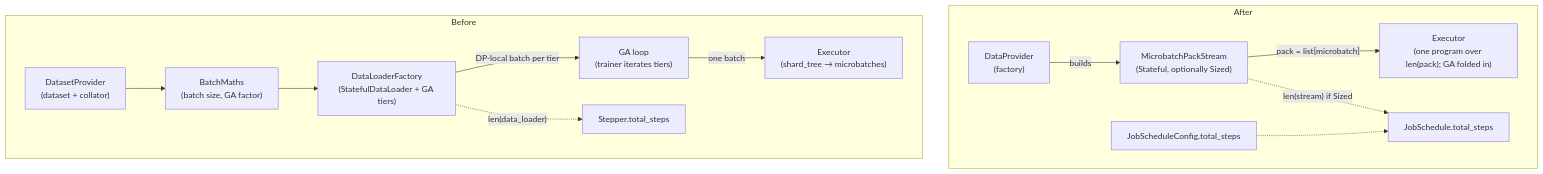
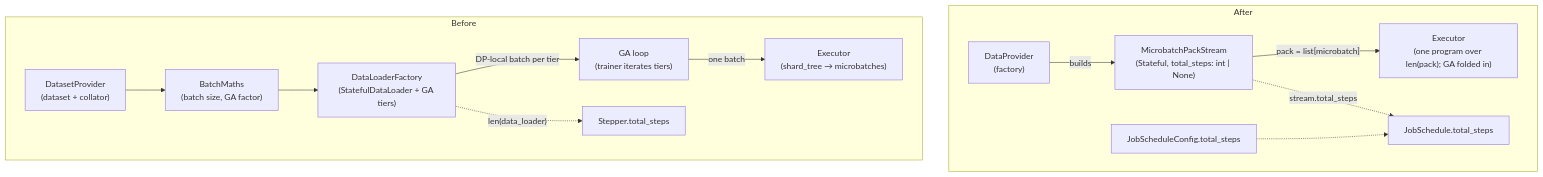
The diagram in deps/0009-dep-dataflow-refactoring.md (d9d-project/d9d), drawn with Mermaid before and after one commit. The commit also changed other lines of this file, not shown here.

````diff
--- a/deps/0009-dep-dataflow-refactoring.md
+++ b/deps/0009-dep-dataflow-refactoring.md
@@ -45,21 +45,21 @@
 ```mermaid
 flowchart LR
     subgraph before["Before"]
         direction LR
         bDS["DatasetProvider<br/>(dataset + collator)"] --> bBM["BatchMaths<br/>(batch size, GA factor)"]
         bBM --> bDL["DataLoaderFactory<br/>(StatefulDataLoader + GA tiers)"]
         bDL -->|"DP-local batch per tier"| bGA["GA loop<br/>(trainer iterates tiers)"]
         bGA -->|"one batch"| bEX["Executor<br/>(shard_tree → microbatches)"]
         bDL -.->|"len(data_loader)"| bST["Stepper.total_steps"]
     end
 
     subgraph after["After"]
         direction LR
-        aBP["DataProvider<br/>(factory)"] -->|builds| aBI["MicrobatchPackStream<br/>(Stateful, optionally Sized)"]
+        aBP["DataProvider<br/>(factory)"] -->|builds| aBI["MicrobatchPackStream<br/>(Stateful, total_steps: int | None)"]
         aBI -->|"pack = list[microbatch]"| aEX["Executor<br/>(one program over len(pack); GA folded in)"]
-        aBI -.->|"len(stream) if Sized"| aJS["JobSchedule.total_steps"]
+        aBI -.->|"stream.total_steps"| aJS["JobSchedule.total_steps"]
         aCFG["JobScheduleConfig.total_steps"] -.-> aJS
     end
 
     before ~~~ after
 ```
````
